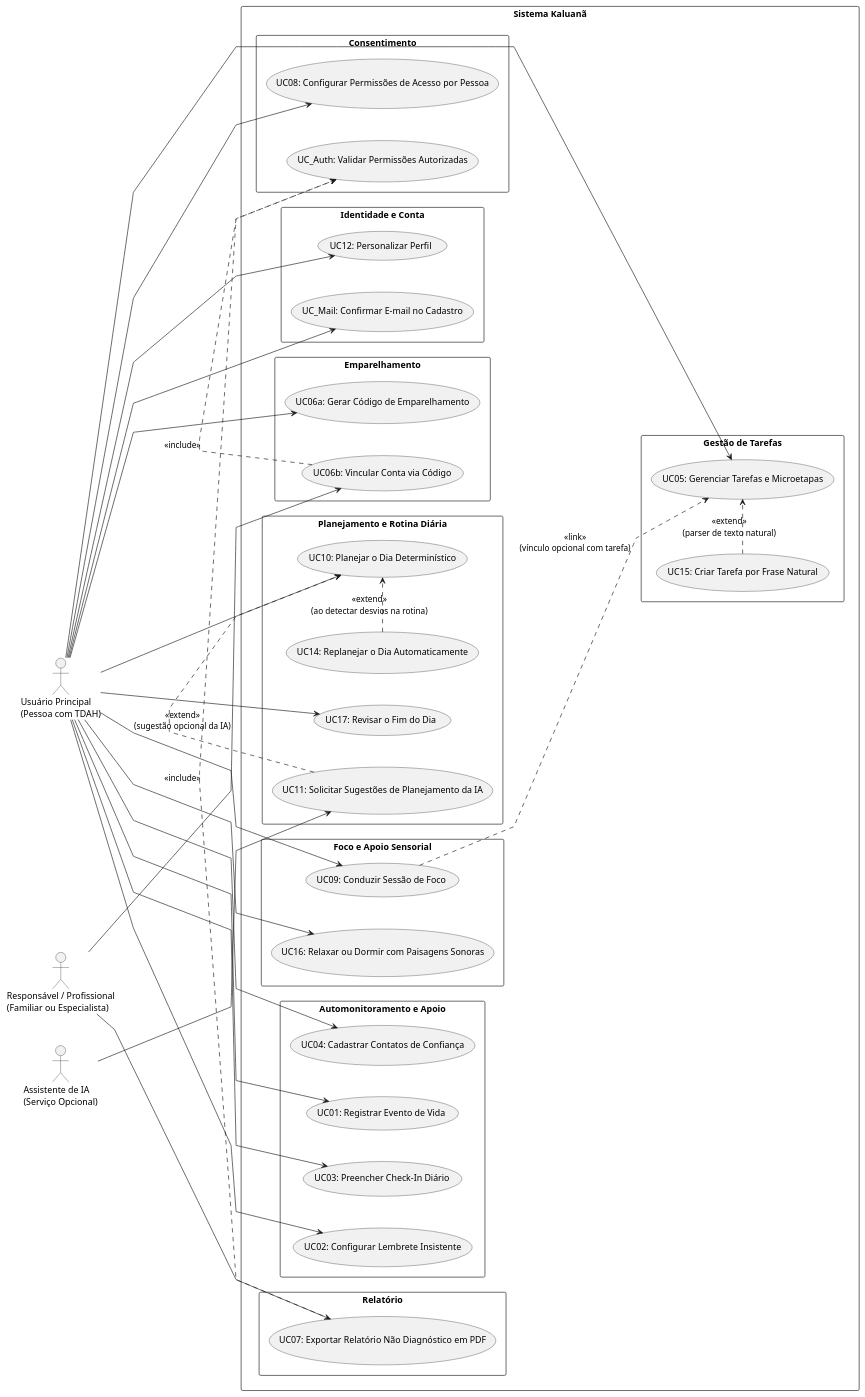
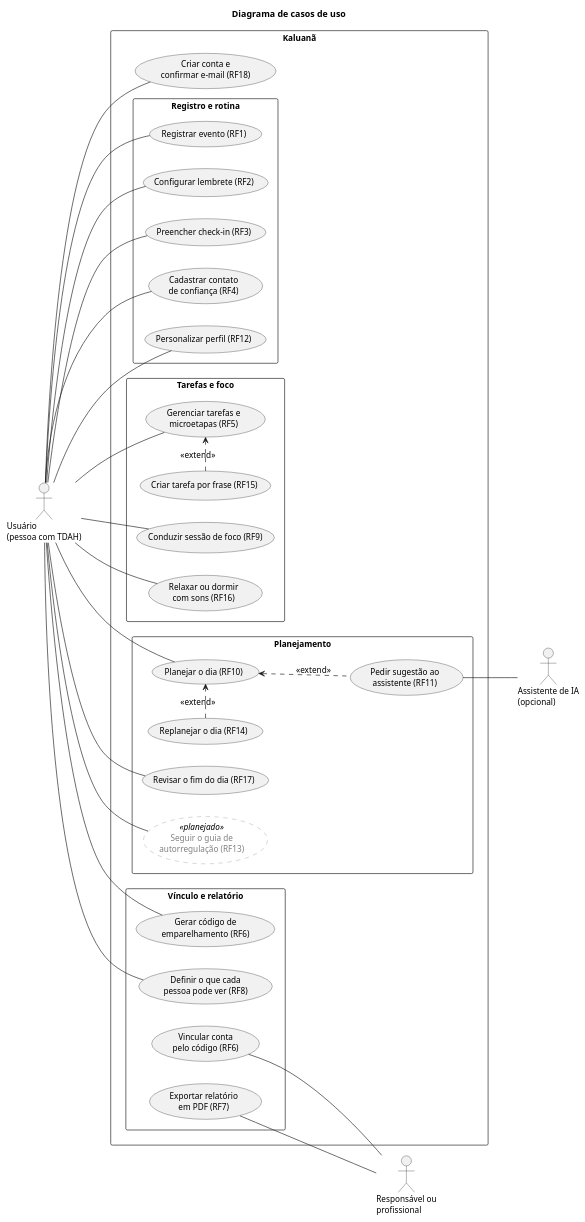
The diagram in diagrams/use-case-diagram.puml (roobertoAlves/kaluana-backend), drawn with PlantUML before and after one commit. The commit also changed 11 other files, not shown here.

First line of the commit message:
docs(diagramas): diagramas refeitos em português e fiéis ao código

```diff
--- a/diagrams/use-case-diagram.puml
+++ b/diagrams/use-case-diagram.puml
@@ -1,88 +1,75 @@
 @startuml use-case-diagram
 left to right direction
-skinparam monochrome false
 skinparam shadowing false
 skinparam packageStyle rectangle
-skinparam linetype polyline
-skinparam nodesep 50
-skinparam ranksep 60
+skinparam defaultFontSize 13
+skinparam usecase {
+  BackgroundColor<<planejado>> White
+  BorderColor<<planejado>> Gray
+  FontColor<<planejado>> Gray
+  BorderStyle<<planejado>> dashed
+}
+title Diagrama de casos de uso
 
-actor "Usuário Principal\n(Pessoa com TDAH)" as User
-actor "Responsável / Profissional\n(Familiar ou Especialista)" as Responsible
-actor "Assistente de IA\n(Serviço Opcional)" as AIAssistant
+actor "Usuário\n(pessoa com TDAH)" as Usuario
+actor "Responsável ou\nprofissional" as Responsavel
+actor "Assistente de IA\n(opcional)" as IA
 
-rectangle "Sistema Kaluanã" {
+rectangle "Kaluanã" {
+  usecase "Criar conta e\nconfirmar e-mail (RF18)" as UC18
 
-  package "Identidade e Conta" {
-    usecase "UC12: Personalizar Perfil" as UC_Profile
-    usecase "UC_Mail: Confirmar E-mail no Cadastro" as UC_EmailConfirm
+  package "Registro e rotina" {
+    usecase "Registrar evento (RF1)" as UC1
+    usecase "Configurar lembrete (RF2)" as UC2
+    usecase "Preencher check-in (RF3)" as UC3
+    usecase "Cadastrar contato\nde confiança (RF4)" as UC4
+    usecase "Personalizar perfil (RF12)" as UC12
   }
 
-  package "Planejamento e Rotina Diária" {
-    usecase "UC10: Planejar o Dia Determinístico" as UC_PlanDay
-    usecase "UC14: Replanejar o Dia Automaticamente" as UC_ReplanDay
-    usecase "UC11: Solicitar Sugestões de Planejamento da IA" as UC_AIAssistant
-    usecase "UC17: Revisar o Fim do Dia" as UC_DayReview
+  package "Tarefas e foco" {
+    usecase "Gerenciar tarefas e\nmicroetapas (RF5)" as UC5
+    usecase "Criar tarefa por frase (RF15)" as UC15
+    usecase "Conduzir sessão de foco (RF9)" as UC9
+    usecase "Relaxar ou dormir\ncom sons (RF16)" as UC16
   }
 
-  package "Gestão de Tarefas" {
-    usecase "UC05: Gerenciar Tarefas e Microetapas" as UC_Tasks
-    usecase "UC15: Criar Tarefa por Frase Natural" as UC_QuickAdd
+  package "Planejamento" {
+    usecase "Planejar o dia (RF10)" as UC10
+    usecase "Pedir sugestão ao\nassistente (RF11)" as UC11
+    usecase "Replanejar o dia (RF14)" as UC14
+    usecase "Revisar o fim do dia (RF17)" as UC17
+    usecase "Seguir o guia de\nautorregulação (RF13)" as UC13 <<planejado>>
   }
 
-  package "Foco e Apoio Sensorial" {
-    usecase "UC09: Conduzir Sessão de Foco" as UC_FocusSession
-    usecase "UC16: Relaxar ou Dormir com Paisagens Sonoras" as UC_Soundscapes
-  }
-
-  package "Automonitoramento e Apoio" {
-    usecase "UC01: Registrar Evento de Vida" as UC_LogEvent
-    usecase "UC03: Preencher Check-In Diário" as UC_CheckIn
-    usecase "UC02: Configurar Lembrete Insistente" as UC_Reminders
-    usecase "UC04: Cadastrar Contatos de Confiança" as UC_Contacts
-  }
-
-  package "Emparelhamento" {
-    usecase "UC06a: Gerar Código de Emparelhamento" as UC_GenCode
-    usecase "UC06b: Vincular Conta via Código" as UC_ConnectCode
-  }
-
-  package "Consentimento" {
-    usecase "UC08: Configurar Permissões de Acesso por Pessoa" as UC_Permissions
-    usecase "UC_Auth: Validar Permissões Autorizadas" as UC_VerifyAuth
-  }
-
-  package "Relatório" {
-    usecase "UC07: Exportar Relatório Não Diagnóstico em PDF" as UC_ExportReport
+  package "Vínculo e relatório" {
+    usecase "Gerar código de\nemparelhamento (RF6)" as UC6
+    usecase "Definir o que cada\npessoa pode ver (RF8)" as UC8
+    usecase "Vincular conta\npelo código (RF6)" as UC6b
+    usecase "Exportar relatório\nem PDF (RF7)" as UC7
   }
 }
 
-User --> UC_Profile
-User --> UC_EmailConfirm
-User --> UC_PlanDay
-User --> UC_DayReview
-User --> UC_Tasks
-User --> UC_FocusSession
-User --> UC_Soundscapes
-User --> UC_LogEvent
-User --> UC_CheckIn
-User --> UC_Reminders
-User --> UC_Contacts
-User --> UC_GenCode
-User --> UC_Permissions
+Usuario -- UC18
+Usuario -- UC1
+Usuario -- UC2
+Usuario -- UC3
+Usuario -- UC4
+Usuario -- UC12
+Usuario -- UC5
+Usuario -- UC9
+Usuario -- UC16
+Usuario -- UC10
+Usuario -- UC17
+Usuario -- UC13
+Usuario -- UC6
+Usuario -- UC8
 
-Responsible --> UC_ConnectCode
-Responsible --> UC_ExportReport
+UC6b -- Responsavel
+UC7 -- Responsavel
+UC11 -- IA
 
-AIAssistant --> UC_AIAssistant
-
-UC_ReplanDay .> UC_PlanDay : <<extend>>\n(ao detectar desvios na rotina)
-UC_AIAssistant .> UC_PlanDay : <<extend>>\n(sugestão opcional da IA)
-UC_QuickAdd .> UC_Tasks : <<extend>>\n(parser de texto natural)
-
-UC_ExportReport .> UC_VerifyAuth : <<include>>
-UC_ConnectCode .> UC_VerifyAuth : <<include>>
-
-UC_FocusSession ..> UC_Tasks : <<link>>\n(vínculo opcional com tarefa)
+UC15 .> UC5 : <<extend>>
+UC11 .up.> UC10 : <<extend>>
+UC14 .> UC10 : <<extend>>
 
 @enduml
```
